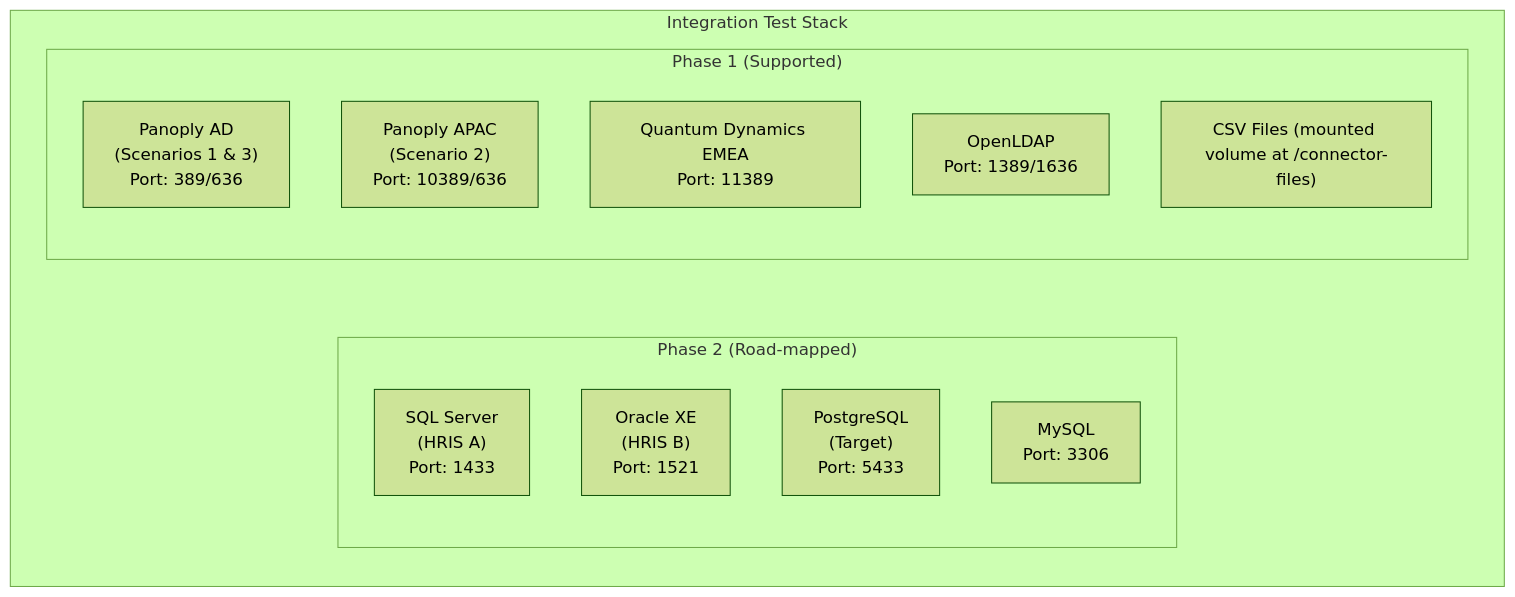
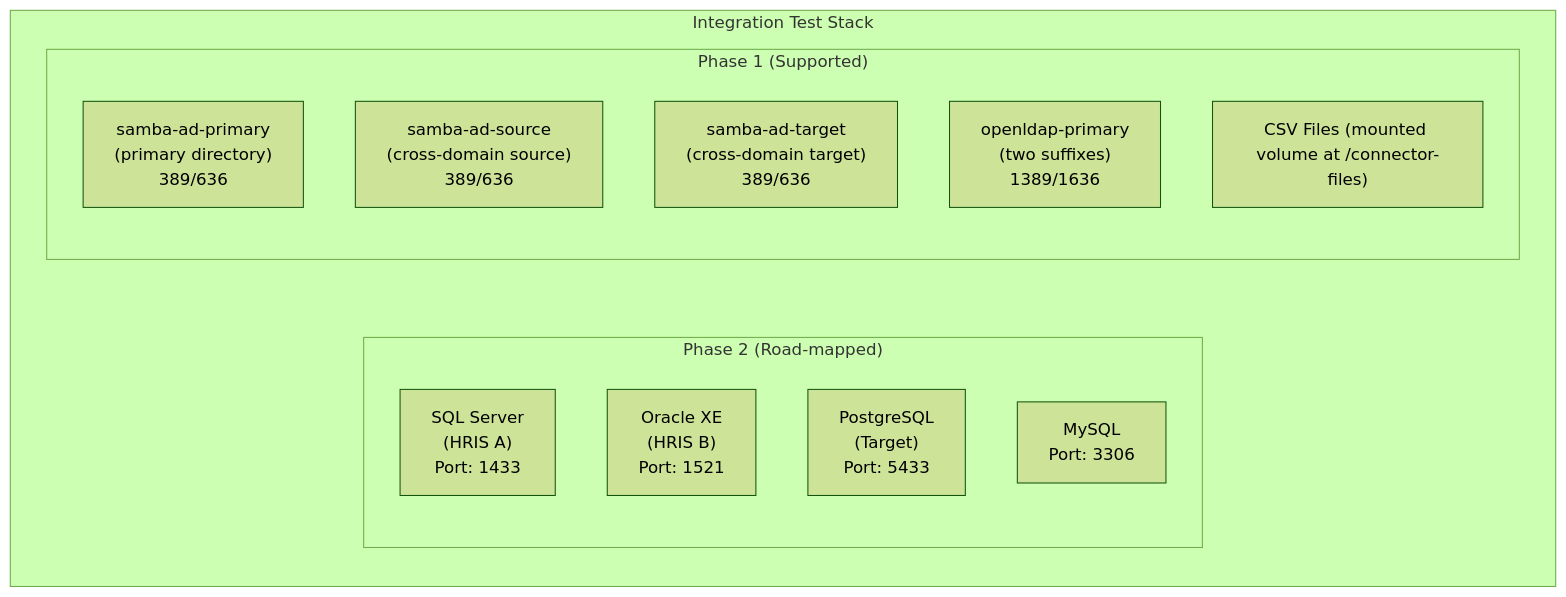
Before and after one commit to TetronIO/JIM: the second of 2 diagrams in engineering/INTEGRATION_TESTING.md, drawn with Mermaid (forest theme). The commit also changed other lines of this file, not shown here.

````diff
--- a/engineering/INTEGRATION_TESTING.md
+++ b/engineering/INTEGRATION_TESTING.md
@@ -355,22 +314,22 @@
 ```mermaid
 flowchart TB
     subgraph Stack["Integration Test Stack"]
         direction TB
         subgraph P1["Phase 1 (Supported)"]
             direction TB
-            P1A["Panoply AD<br/>(Scenarios 1 & 3)<br/>Port: 389/636"]
-            P1B["Panoply APAC<br/>(Scenario 2)<br/>Port: 10389/636"]
-            P1C["Quantum Dynamics EMEA<br/>Port: 11389"]
-            P1D["OpenLDAP<br/>Port: 1389/1636"]
+            P1A["samba-ad-primary<br/>(primary directory)<br/>389/636"]
+            P1B["samba-ad-source<br/>(cross-domain source)<br/>389/636"]
+            P1C["samba-ad-target<br/>(cross-domain target)<br/>389/636"]
+            P1D["openldap-primary<br/>(two suffixes)<br/>1389/1636"]
             CSV["CSV Files (mounted volume at /connector-files)"]
         end
         subgraph P2["Phase 2 (Road-mapped)"]
             direction TB
             P2A["SQL Server<br/>(HRIS A)<br/>Port: 1433"]
             P2B["Oracle XE<br/>(HRIS B)<br/>Port: 1521"]
             P2C["PostgreSQL<br/>(Target)<br/>Port: 5433"]
             P2E["MySQL<br/>Port: 3306"]
         end
         P1 ~~~ P2
     end
 ```
````
